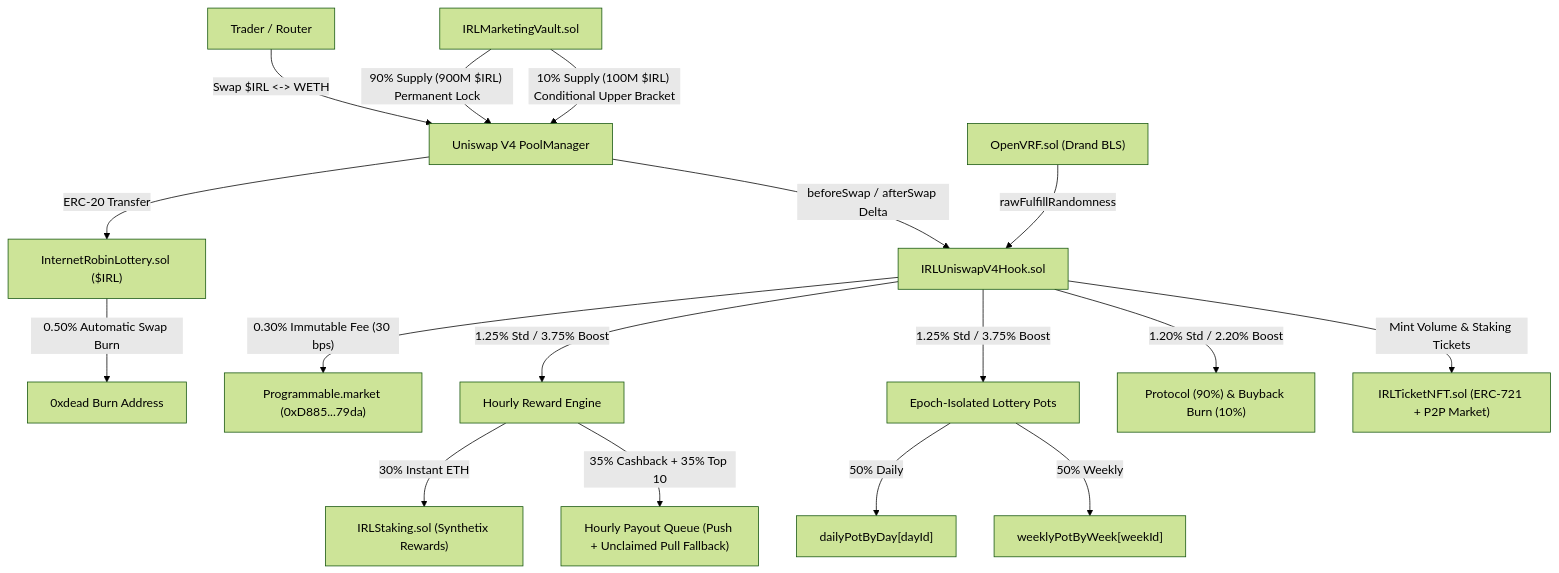
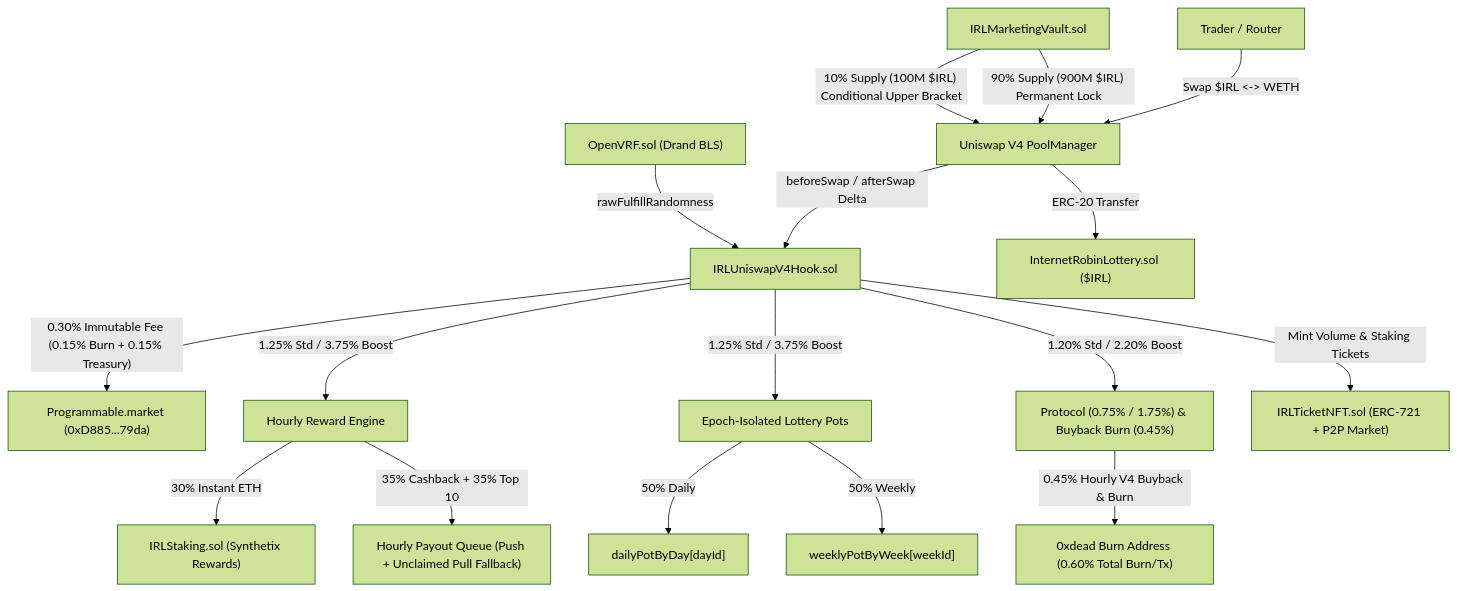
Before and after one commit to math-crypt/lottery-robinhood: the diagram in SYSTEM_ARCHITECTURE.md, drawn with Mermaid (forest theme). The commit also changed other lines of this file and 7 other files, not shown here.

Commit message:
fix(fees): align protocol buyback & burn to 0.45% per swap (0.60% total burn with Programmable 0.15%)

````diff
--- a/SYSTEM_ARCHITECTURE.md
+++ b/SYSTEM_ARCHITECTURE.md
@@ -19,23 +19,23 @@
 ```mermaid
 flowchart TD
     Trader["Trader / Router"] -->|"Swap $IRL <-> WETH"| PM["Uniswap V4 PoolManager"]
     PM -->|"beforeSwap / afterSwap Delta"| Hook["IRLUniswapV4Hook.sol"]
     PM -->|"ERC-20 Transfer"| Token["InternetRobinLottery.sol ($IRL)"]
-    Token -->|"0.50% Automatic Swap Burn"| Dead["0xdead Burn Address"]
 
-    Hook -->|"0.30% Immutable Fee (30 bps)"| Prog["Programmable.market (0xD885...79da)"]
+    Hook -->|"0.30% Immutable Fee (0.15% Burn + 0.15% Treasury)"| Prog["Programmable.market (0xD885...79da)"]
     Hook -->|"1.25% Std / 3.75% Boost"| Hourly["Hourly Reward Engine"]
     Hook -->|"1.25% Std / 3.75% Boost"| Lottery["Epoch-Isolated Lottery Pots"]
-    Hook -->|"1.20% Std / 2.20% Boost"| Proto["Protocol (90%) & Buyback Burn (10%)"]
+    Hook -->|"1.20% Std / 2.20% Boost"| Proto["Protocol (0.75% / 1.75%) & Buyback Burn (0.45%)"]
+    Proto -->|"0.45% Hourly V4 Buyback & Burn"| Dead["0xdead Burn Address (0.60% Total Burn/Tx)"]
 
     Hourly -->|"30% Instant ETH"| Staking["IRLStaking.sol (Synthetix Rewards)"]
     Hourly -->|"35% Cashback + 35% Top 10"| Queue["Hourly Payout Queue (Push + Unclaimed Pull Fallback)"]
 
     Lottery -->|"50% Daily"| DailyPot["dailyPotByDay[dayId]"]
     Lottery -->|"50% Weekly"| WeeklyPot["weeklyPotByWeek[weekId]"]
     Hook -->|"Mint Volume & Staking Tickets"| NFT["IRLTicketNFT.sol (ERC-721 + P2P Market)"]
     OpenVRF["OpenVRF.sol (Drand BLS)"] -->|"rawFulfillRandomness"| Hook
 
     Vault["IRLMarketingVault.sol"] -->|"90% Supply (900M $IRL) Permanent Lock"| PM
     Vault -->|"10% Supply (100M $IRL) Conditional Upper Bracket"| PM
 ```
````
